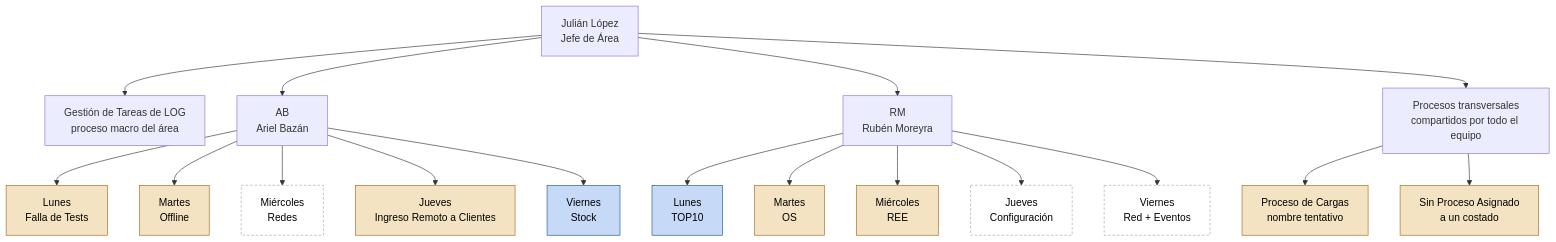
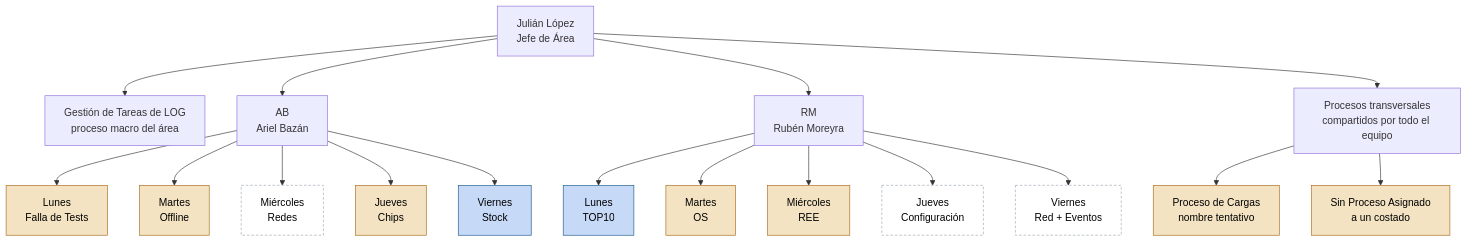
The diagram in docs/organigrama-nivel1.md (jl24hs/Reorganizaci-n-Logistica), drawn with Mermaid before and after one commit. The commit also changed other lines of this file and 2 other files, not shown here.

First line of the commit message:
Corregir: el jueves de AB es Chips, no Ingreso Remoto a Clientes

````diff
--- a/docs/organigrama-nivel1.md
+++ b/docs/organigrama-nivel1.md
@@ -11,30 +11,30 @@
 ```mermaid
 flowchart TD
     JL[Julián López<br/>Jefe de Área] --> LOG[Gestión de Tareas de LOG<br/>proceso macro del área]
     JL --> AB[AB<br/>Ariel Bazán]
     JL --> RM[RM<br/>Rubén Moreyra]
     JL --> COMUN[Procesos transversales<br/>compartidos por todo el equipo]
 
     AB --> AB1[Lunes<br/>Falla de Tests]
     AB --> AB2[Martes<br/>Offline]
     AB --> AB3[Miércoles<br/>Redes]
-    AB --> AB4[Jueves<br/>Ingreso Remoto a Clientes]
+    AB --> AB4[Jueves<br/>Chips]
     AB --> AB5[Viernes<br/>Stock]
 
     RM --> RM1[Lunes<br/>TOP10]
     RM --> RM2[Martes<br/>OS]
     RM --> RM3[Miércoles<br/>REE]
     RM --> RM4[Jueves<br/>Configuración]
     RM --> RM5[Viernes<br/>Red + Eventos]
 
     COMUN --> C1[Proceso de Cargas<br/>nombre tentativo]
     COMUN --> C2[Sin Proceso Asignado<br/>a un costado]
 
     classDef doc fill:#c6d9f7,stroke:#1F5C8B,color:#000
     classDef parcial fill:#f3e3c2,stroke:#A96A1E,color:#000
     classDef vacio fill:#ffffff,stroke:#9AA7B0,stroke-dasharray: 4 3,color:#000
 
     class AB5,RM1 doc
     class AB1,AB2,AB4,RM2,RM3,C1,C2 parcial
     class AB3,RM4,RM5 vacio
 ```
````
